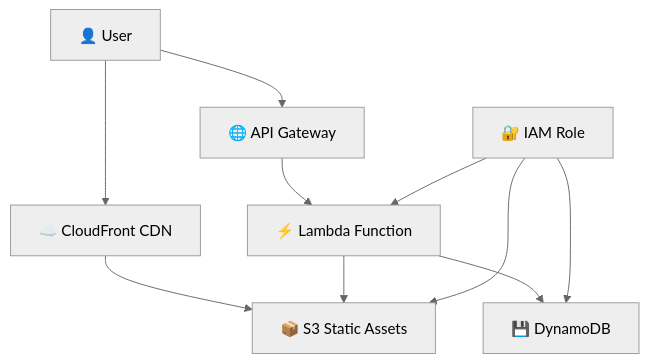
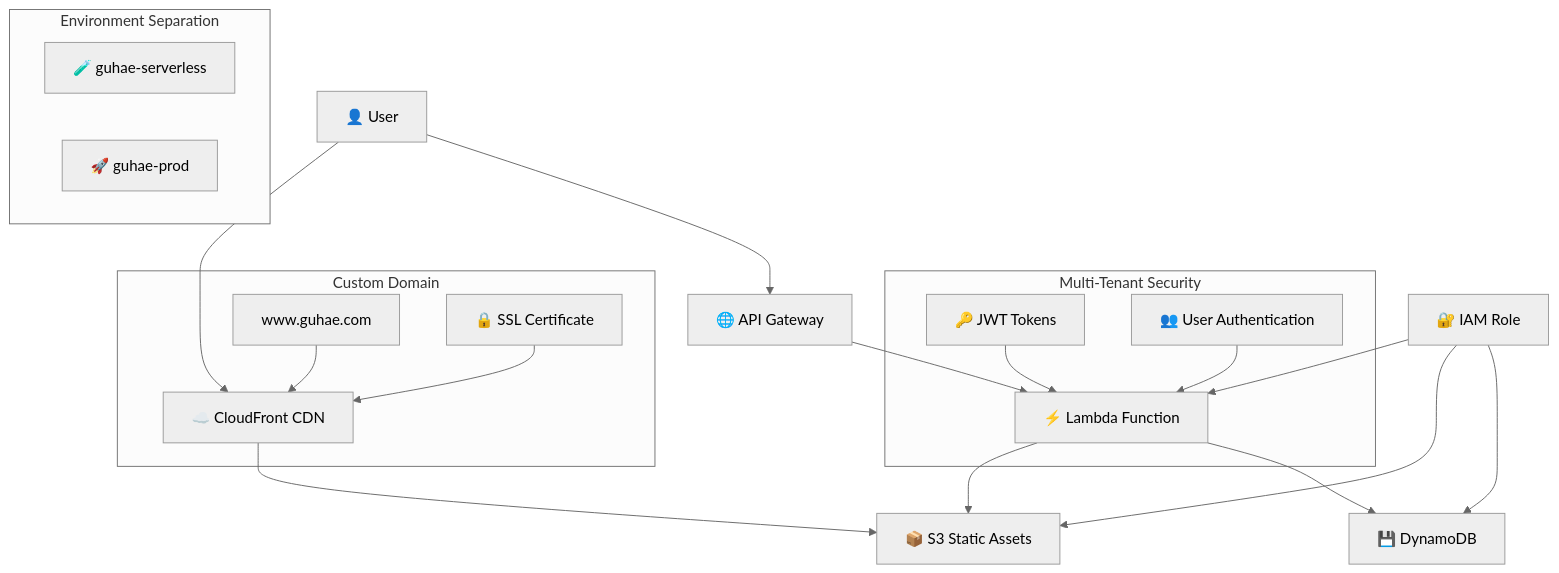
One commit to vishwasvr/guhae-rental-property-app changed the first of 3 diagrams in docs/ARCHITECTURE.md. Above: the diagram before and after it, drawn with Mermaid (neutral theme). The commit also changed other lines of this file and 3 other files, not shown here.

Commit message:
Update documentation: comprehensive API reference, multi-environment architecture, and custom domain deployment guides

````diff
--- a/docs/ARCHITECTURE.md
+++ b/docs/ARCHITECTURE.md
@@ -9,14 +9,29 @@
 ```mermaid
 graph TB
     User[👤 User] --> CF[☁️ CloudFront CDN]
     User --> API[🌐 API Gateway]
+
+    subgraph "Custom Domain"
+        CD[www.guhae.com] --> CF
+        SSL[🔒 SSL Certificate] --> CF
+    end
 
     CF --> S3[📦 S3 Static Assets]
     API --> Lambda[⚡ Lambda Function]
     Lambda --> DDB[💾 DynamoDB]
     Lambda --> S3
 
+    subgraph "Multi-Tenant Security"
+        JWT[🔑 JWT Tokens] --> Lambda
+        Auth[👥 User Authentication] --> Lambda
+    end
+
+    subgraph "Environment Separation"
+        DevStack[🧪 guhae-serverless]
+        ProdStack[🚀 guhae-prod]
+    end
+
     IAM[🔐 IAM Role] --> Lambda
     IAM --> DDB
     IAM --> S3
 ```
````
